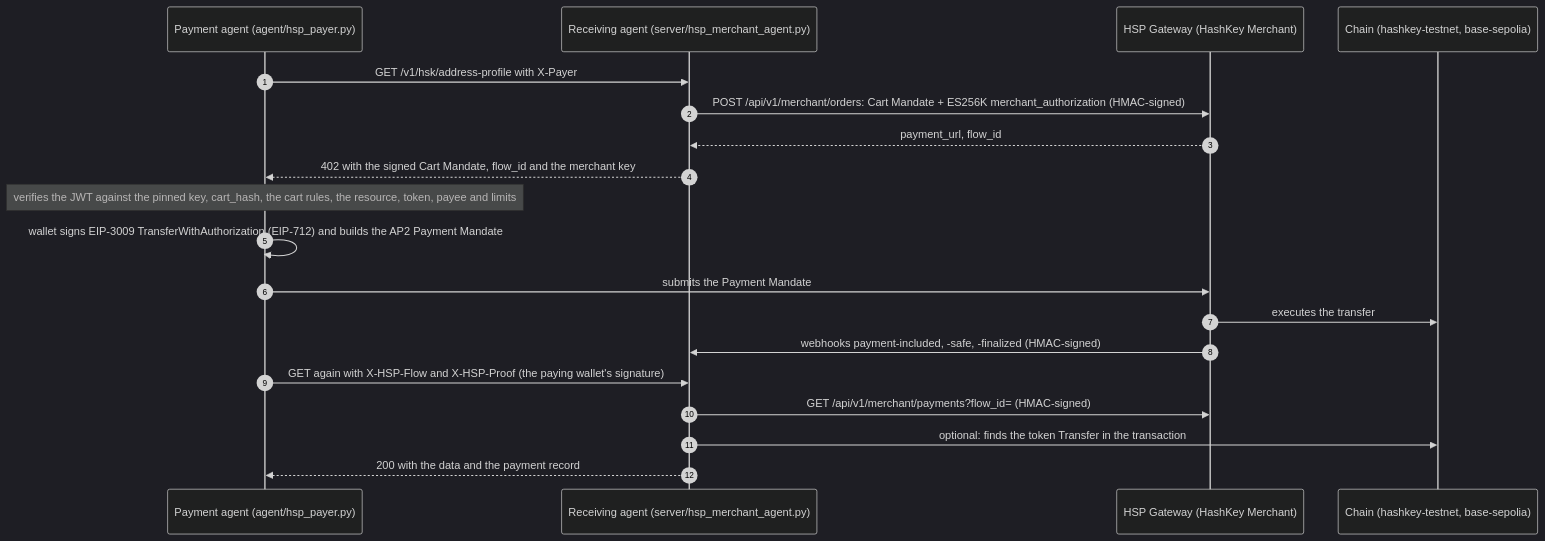
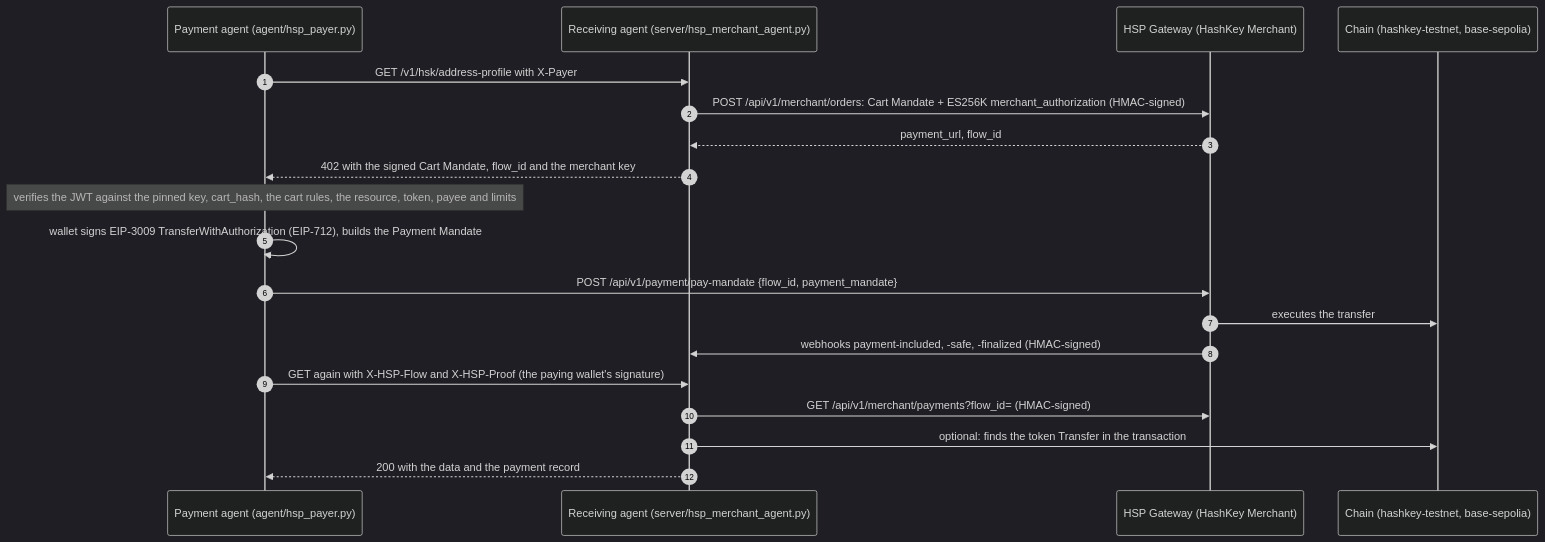
One commit to swiftbotlab/hsk-meter changed the second of 2 diagrams in README.md. Above: the diagram before and after it, drawn with Mermaid (dark theme). The commit also changed other lines of this file, not shown here.

````diff
--- a/README.md
+++ b/README.md
@@ -385,21 +419,21 @@
 ```mermaid
 sequenceDiagram
     autonumber
     participant P as Payment agent (agent/hsp_payer.py)
     participant R as Receiving agent (server/hsp_merchant_agent.py)
     participant G as HSP Gateway (HashKey Merchant)
     participant C as Chain (hashkey-testnet, base-sepolia)
     P->>R: GET /v1/hsk/address-profile with X-Payer
     R->>G: POST /api/v1/merchant/orders: Cart Mandate + ES256K merchant_authorization (HMAC-signed)
     G-->>R: payment_url, flow_id
     R-->>P: 402 with the signed Cart Mandate, flow_id and the merchant key
     Note over P: verifies the JWT against the pinned key, cart_hash, the cart rules, the resource, token, payee and limits
-    P->>P: wallet signs EIP-3009 TransferWithAuthorization (EIP-712) and builds the AP2 Payment Mandate
-    P->>G: submits the Payment Mandate
+    P->>P: wallet signs EIP-3009 TransferWithAuthorization (EIP-712), builds the Payment Mandate
+    P->>G: POST /api/v1/payment/pay-mandate {flow_id, payment_mandate}
     G->>C: executes the transfer
     G->>R: webhooks payment-included, -safe, -finalized (HMAC-signed)
     P->>R: GET again with X-HSP-Flow and X-HSP-Proof (the paying wallet's signature)
     R->>G: GET /api/v1/merchant/payments?flow_id= (HMAC-signed)
     R->>C: optional: finds the token Transfer in the transaction
     R-->>P: 200 with the data and the payment record
 ```
````
